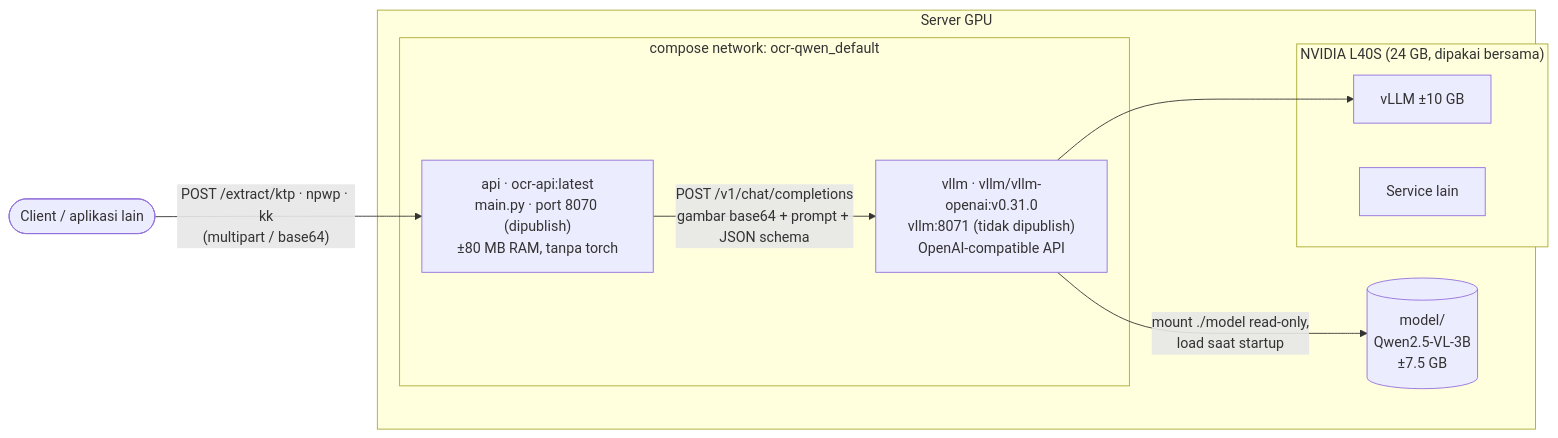
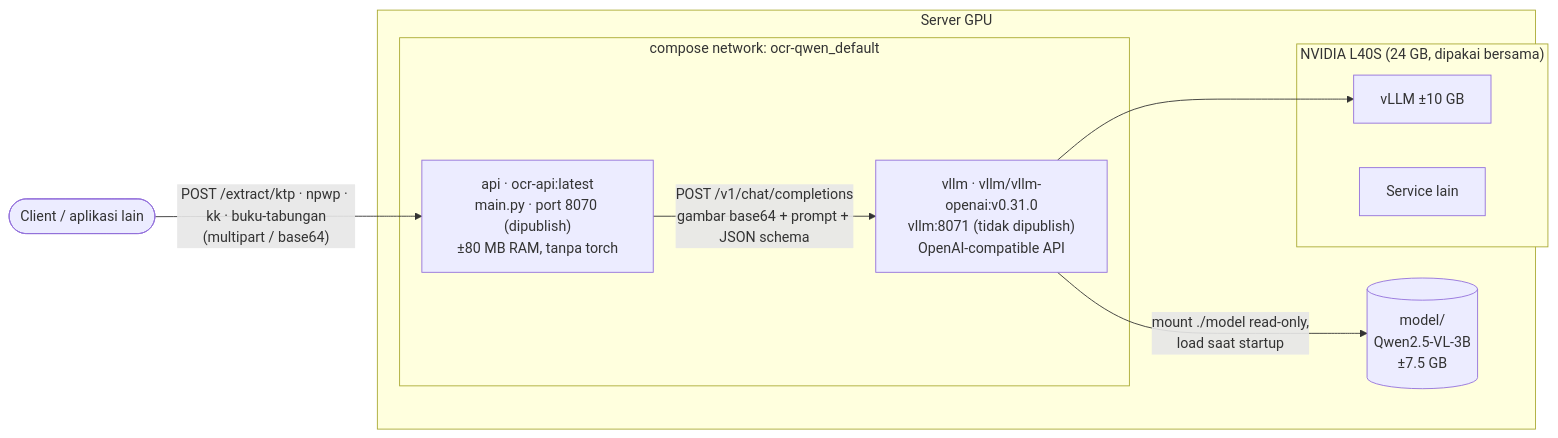
One commit to sivi-shahab/OCR-KTP-NPWP changed the first of 3 diagrams in docs/guide/arsitektur.md. Above: the diagram before and after it, drawn with Mermaid. The commit also changed other lines of this file and 9 other files, not shown here.

Commit message:
Add buku-tabungan to every docs page and the README

````diff
--- a/docs/guide/arsitektur.md
+++ b/docs/guide/arsitektur.md
@@ -7,23 +7,23 @@
 ```mermaid
 flowchart LR
     client(["Client / aplikasi lain"])
 
     subgraph host["Server GPU"]
         subgraph net["compose network: ocr-qwen_default"]
             api["api · ocr-api:latest<br/>main.py · port 8070 (dipublish)<br/>±80 MB RAM, tanpa torch"]
             engine["vllm · vllm/vllm-openai:v0.31.0<br/>vllm:8071 (tidak dipublish)<br/>OpenAI-compatible API"]
         end
 
         weights[("model/<br/>Qwen2.5-VL-3B<br/>±7.5 GB")]
 
         subgraph gpu["NVIDIA L40S (24 GB, dipakai bersama)"]
             vram["vLLM ±10 GB"]
             other["Service lain"]
         end
     end
 
-    client -- "POST /extract/ktp · npwp · kk<br/>(multipart / base64)" --> api
+    client -- "POST /extract/ktp · npwp · kk · buku-tabungan<br/>(multipart / base64)" --> api
     api -- "POST /v1/chat/completions<br/>gambar base64 + prompt + JSON schema" --> engine
     engine -- "mount ./model read-only,<br/>load saat startup" --> weights
     engine --> vram
 ```
````
